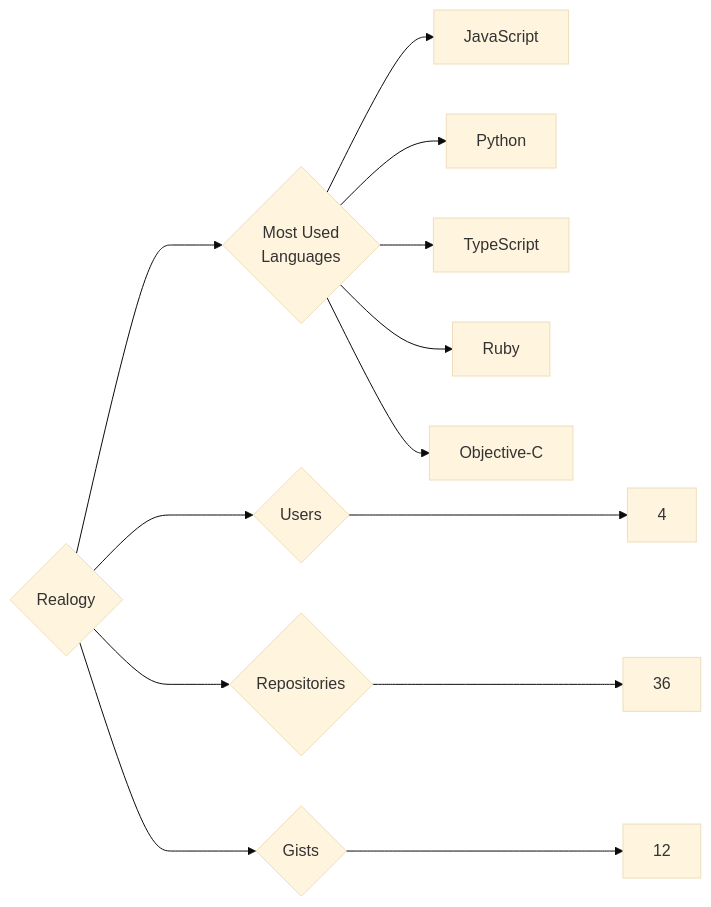
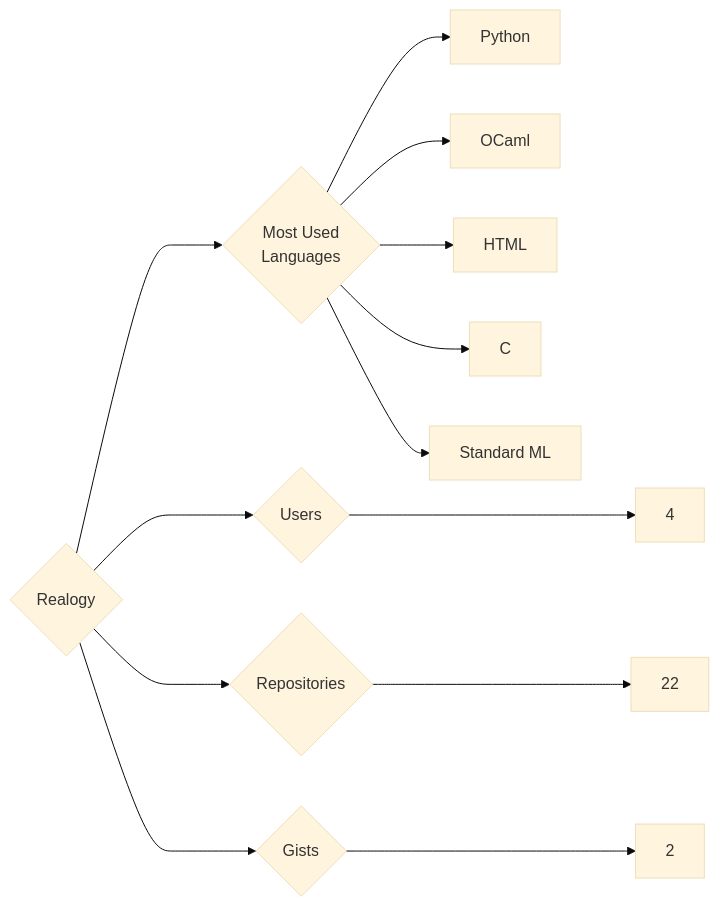
One commit to trickest/insiders changed the diagram in targets/Realogy/README.md. Above: the diagram before and after it, drawn with Mermaid (base theme). The commit also changed 787 other files, not shown here.

````diff
--- a/targets/Realogy/README.md
+++ b/targets/Realogy/README.md
@@ -3,13 +3,13 @@
 ```mermaid
 graph LR
 COMPANY_NAME{Realogy}
 COMPANY_NAME ---> U{Users} ---> UN[4]
-COMPANY_NAME ---> R{Repositories} ---> RN[36]
-COMPANY_NAME ---> G{Gists} ---> GN[12]
+COMPANY_NAME ---> R{Repositories} ---> RN[22]
+COMPANY_NAME ---> G{Gists} ---> GN[2]
 COMPANY_NAME ---> ML{Most Used<br>Languages}
-ML --> JavaScript[JavaScript]
 ML --> Python[Python]
-ML --> TypeScript[TypeScript]
-ML --> Ruby[Ruby]
-ML --> Objective-C[Objective-C]
+ML --> OCaml[OCaml]
+ML --> HTML[HTML]
+ML --> C[C]
+ML --> Standard_ML[Standard ML]
 ```
````
